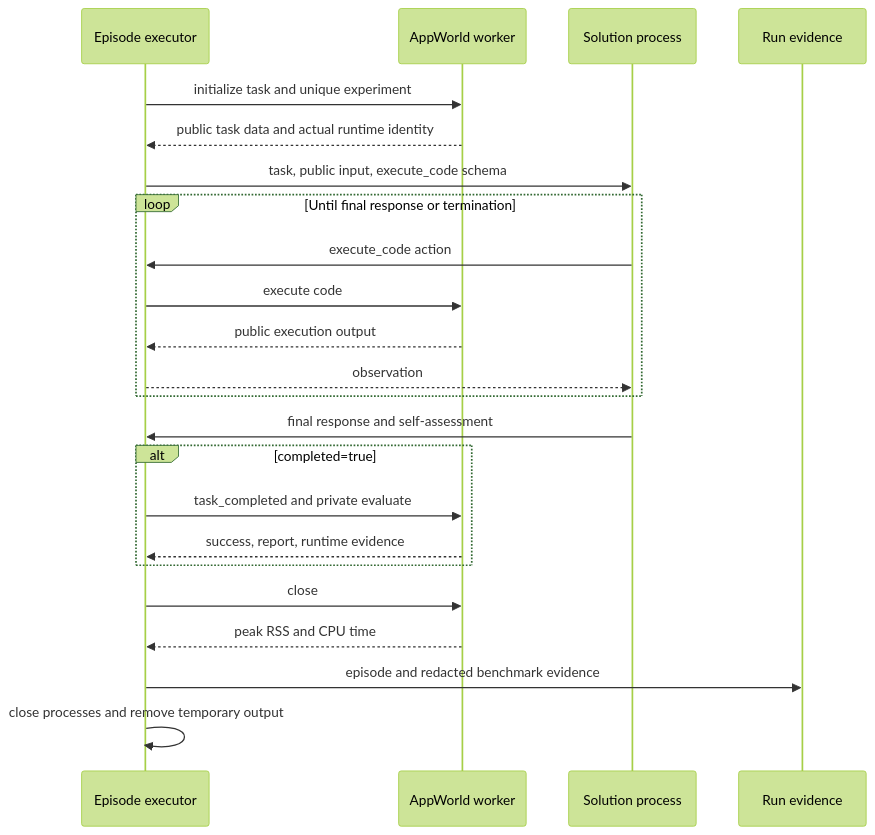
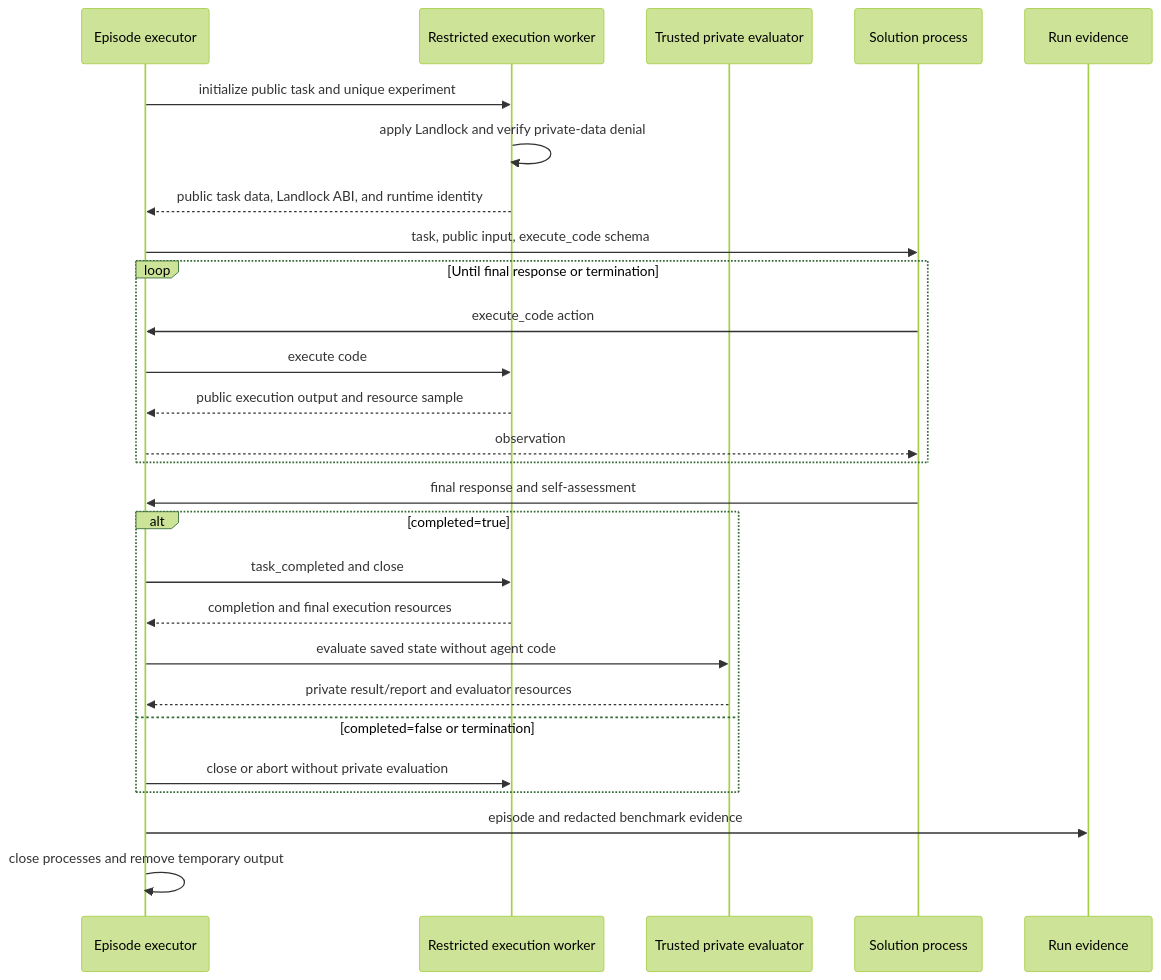
The second of 2 diagrams in .internal/specs/15-appworld-profile-general-spec.md (anton-pershin/agent-validation), drawn with Mermaid (forest theme) before and after one commit. The commit also changed other lines of this file and 17 other files, not shown here.

Commit message:
Harden AppWorld isolation and failure evidence

````diff
--- a/.internal/specs/15-appworld-profile-general-spec.md
+++ b/.internal/specs/15-appworld-profile-general-spec.md
@@ -87,25 +87,29 @@
 ```mermaid
 sequenceDiagram
   participant Executor as Episode executor
-  participant Worker as AppWorld worker
+  participant Worker as Restricted execution worker
+  participant Evaluator as Trusted private evaluator
   participant Solution as Solution process
   participant Store as Run evidence
-  Executor->>Worker: initialize task and unique experiment
-  Worker-->>Executor: public task data and actual runtime identity
+  Executor->>Worker: initialize public task and unique experiment
+  Worker->>Worker: apply Landlock and verify private-data denial
+  Worker-->>Executor: public task data, Landlock ABI, and runtime identity
   Executor->>Solution: task, public input, execute_code schema
   loop Until final response or termination
     Solution->>Executor: execute_code action
     Executor->>Worker: execute code
-    Worker-->>Executor: public execution output
+    Worker-->>Executor: public execution output and resource sample
     Executor-->>Solution: observation
   end
   Solution->>Executor: final response and self-assessment
   alt completed=true
-    Executor->>Worker: task_completed and private evaluate
-    Worker-->>Executor: success, report, runtime evidence
+    Executor->>Worker: task_completed and close
+    Worker-->>Executor: completion and final execution resources
+    Executor->>Evaluator: evaluate saved state without agent code
+    Evaluator-->>Executor: private result/report and evaluator resources
+  else completed=false or termination
+    Executor->>Worker: close or abort without private evaluation
   end
-  Executor->>Worker: close
-  Worker-->>Executor: peak RSS and CPU time
   Executor->>Store: episode and redacted benchmark evidence
   Executor->>Executor: close processes and remove temporary output
 ```
````
